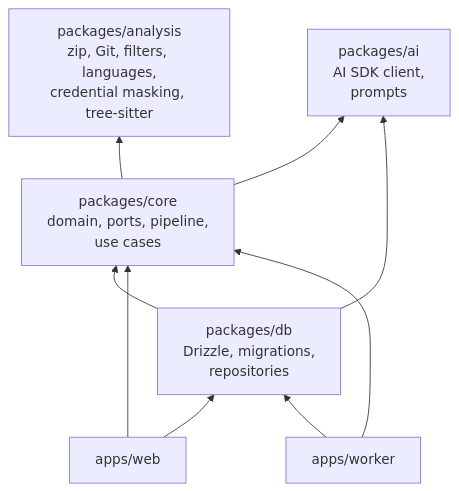
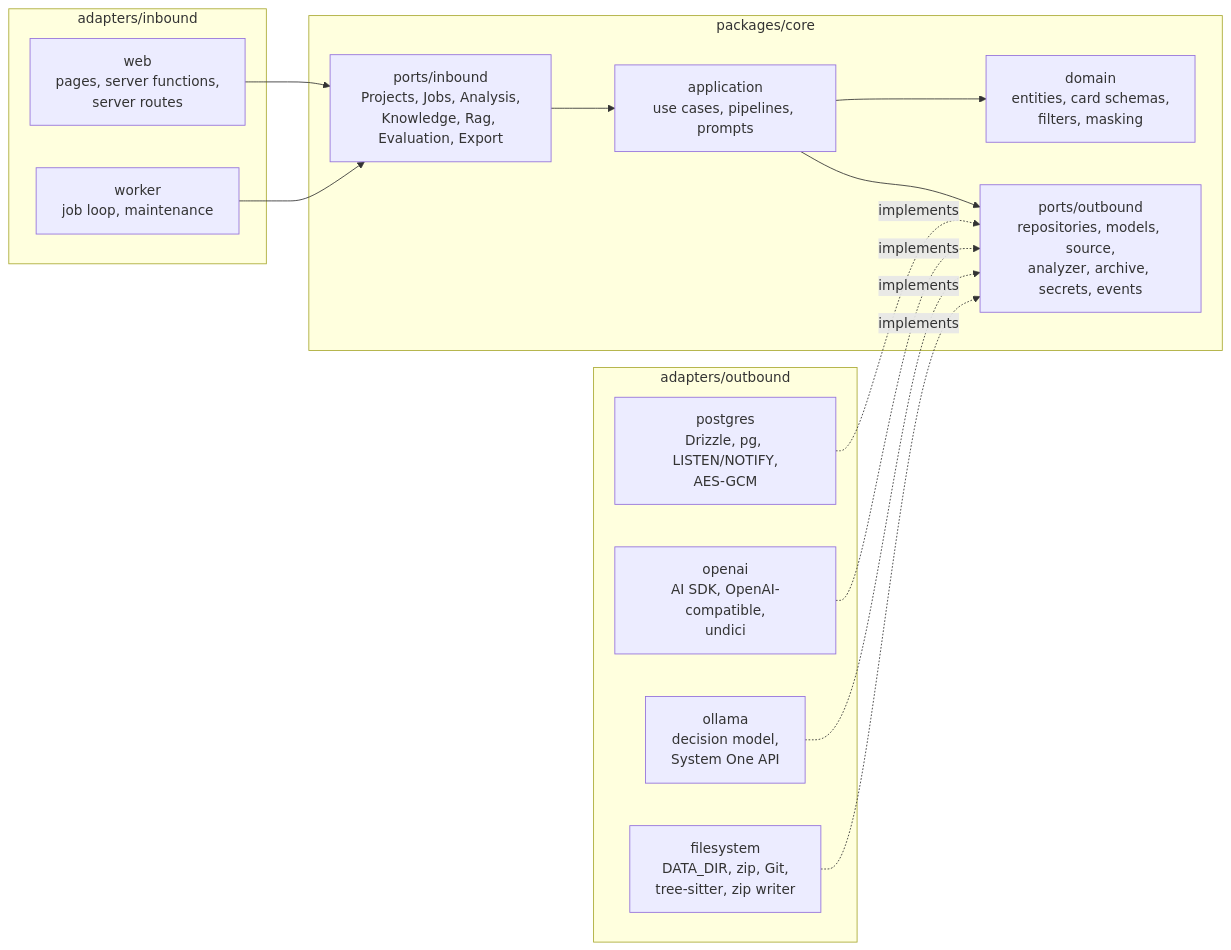
Before and after one commit to CalogeroPisano/rag-generator-app: the second of 2 diagrams in docs/architecture.md, drawn with Mermaid. The commit also changed other lines of this file and 424 other files, not shown here.

First line of the commit message:
refactor: hexagonal architecture and card verification by a decision model

````diff
--- a/docs/architecture.md
+++ b/docs/architecture.md
@@ -46,18 +52,28 @@
 ```mermaid
-flowchart BT
-  analysis["packages/analysis<br/>zip, Git, filters, languages,<br/>credential masking, tree-sitter"]
-  core["packages/core<br/>domain, ports, pipeline,<br/>use cases"]
-  db["packages/db<br/>Drizzle, migrations,<br/>repositories"]
-  ai["packages/ai<br/>AI SDK client,<br/>prompts"]
-  web["apps/web"]
-  worker["apps/worker"]
-
-  core --> analysis
-  core --> ai
-  db --> core
-  db --> ai
-  web --> db
-  web --> core
-  worker --> db
-  worker --> core
+flowchart LR
+  subgraph inbound["adapters/inbound"]
+    web["web<br/>pages, server functions,<br/>server routes"]
+    worker["worker<br/>job loop, maintenance"]
+  end
+  subgraph hexagon["packages/core"]
+    in["ports/inbound<br/>Projects, Jobs, Analysis,<br/>Knowledge, Rag, Evaluation, Export"]
+    application["application<br/>use cases, pipelines, prompts"]
+    domain["domain<br/>entities, card schemas,<br/>filters, masking"]
+    out["ports/outbound<br/>repositories, models, source,<br/>analyzer, archive, secrets, events"]
+    in --> application
+    application --> domain
+    application --> out
+  end
+  subgraph outbound["adapters/outbound"]
+    postgres["postgres<br/>Drizzle, pg, LISTEN/NOTIFY,<br/>AES-GCM"]
+    openai["openai<br/>AI SDK, OpenAI-compatible,<br/>undici"]
+    ollama["ollama<br/>decision model,<br/>System One API"]
+    filesystem["filesystem<br/>DATA_DIR, zip, Git,<br/>tree-sitter, zip writer"]
+  end
+  web --> in
+  worker --> in
+  postgres -. implements .-> out
+  openai -. implements .-> out
+  ollama -. implements .-> out
+  filesystem -. implements .-> out
 ```
````
